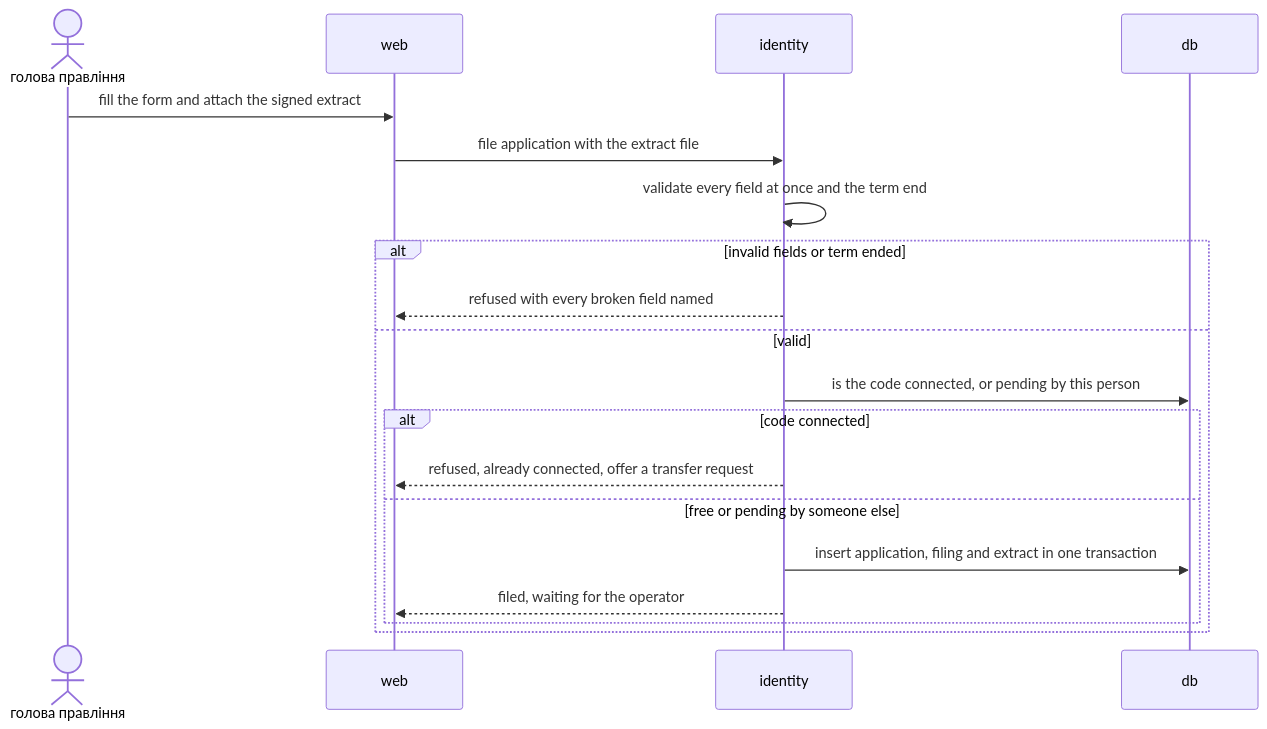
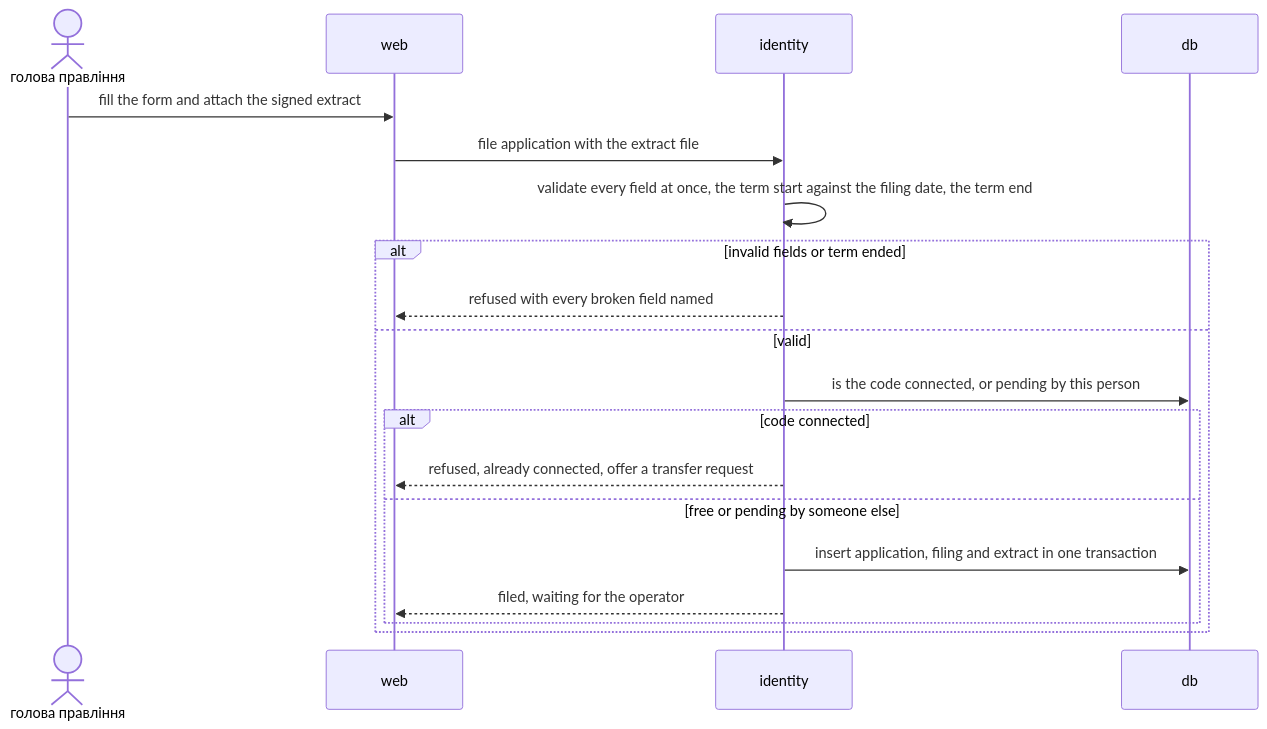
Before and after one commit to AndriiOpryshko/spilno: the third of 14 diagrams in docs/features/association-onboarding/sad.md, drawn with Mermaid. The commit also changed other lines of this file, not shown here.

First line of the commit message:
docs(onboarding): SAD §6 — own filing, re-seat and field checks

````diff
--- a/docs/features/association-onboarding/sad.md
+++ b/docs/features/association-onboarding/sad.md
@@ -182,21 +182,21 @@
 ```mermaid
 sequenceDiagram
     actor H as голова правління
     participant W as web
     participant I as identity
     participant D as db
     H->>W: fill the form and attach the signed extract
     W->>I: file application with the extract file
-    I->>I: validate every field at once and the term end
+    I->>I: validate every field at once, the term start against the filing date, the term end
     alt invalid fields or term ended
         I-->>W: refused with every broken field named
     else valid
         I->>D: is the code connected, or pending by this person
         alt code connected
             I-->>W: refused, already connected, offer a transfer request
         else free or pending by someone else
             I->>D: insert application, filing and extract in one transaction
             I-->>W: filed, waiting for the operator
         end
     end
 ```
````
